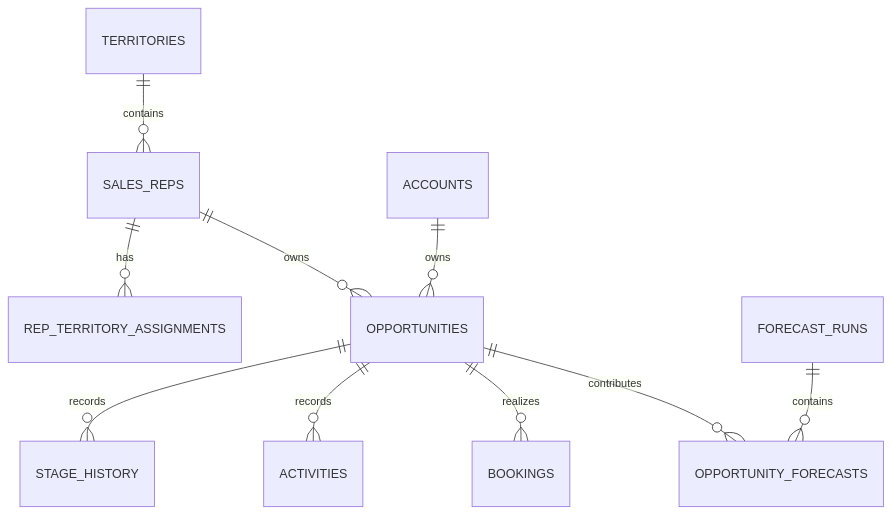
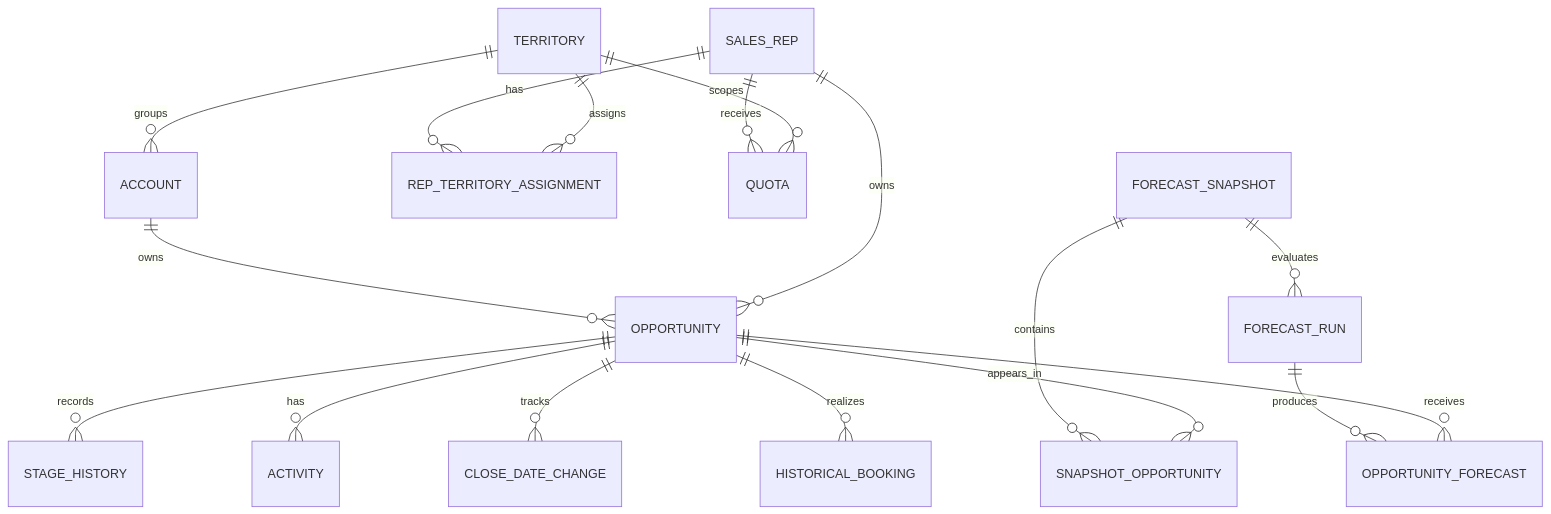
The second of 2 diagrams in README.md (GaurangTari4/Sales-Forecasting-Pipeline-Intelligence), drawn with Mermaid before and after one commit. The commit also changed other lines of this file, not shown here.

````diff
--- a/README.md
+++ b/README.md
@@ -39,12 +68,19 @@
 ```mermaid
 erDiagram
-  TERRITORIES ||--o{ SALES_REPS : contains
-  SALES_REPS ||--o{ REP_TERRITORY_ASSIGNMENTS : has
-  ACCOUNTS ||--o{ OPPORTUNITIES : owns
-  SALES_REPS ||--o{ OPPORTUNITIES : owns
-  OPPORTUNITIES ||--o{ STAGE_HISTORY : records
-  OPPORTUNITIES ||--o{ ACTIVITIES : records
-  OPPORTUNITIES ||--o{ BOOKINGS : realizes
-  OPPORTUNITIES ||--o{ OPPORTUNITY_FORECASTS : contributes
-  FORECAST_RUNS ||--o{ OPPORTUNITY_FORECASTS : contains
+    TERRITORY ||--o{ ACCOUNT : groups
+    ACCOUNT ||--o{ OPPORTUNITY : owns
+    SALES_REP ||--o{ REP_TERRITORY_ASSIGNMENT : has
+    TERRITORY ||--o{ REP_TERRITORY_ASSIGNMENT : assigns
+    SALES_REP ||--o{ QUOTA : receives
+    TERRITORY ||--o{ QUOTA : scopes
+    SALES_REP ||--o{ OPPORTUNITY : owns
+    OPPORTUNITY ||--o{ STAGE_HISTORY : records
+    OPPORTUNITY ||--o{ ACTIVITY : has
+    OPPORTUNITY ||--o{ CLOSE_DATE_CHANGE : tracks
+    OPPORTUNITY ||--o{ HISTORICAL_BOOKING : realizes
+    FORECAST_SNAPSHOT ||--o{ SNAPSHOT_OPPORTUNITY : contains
+    OPPORTUNITY ||--o{ SNAPSHOT_OPPORTUNITY : appears_in
+    FORECAST_SNAPSHOT ||--o{ FORECAST_RUN : evaluates
+    FORECAST_RUN ||--o{ OPPORTUNITY_FORECAST : produces
+    OPPORTUNITY ||--o{ OPPORTUNITY_FORECAST : receives
 ```
````
